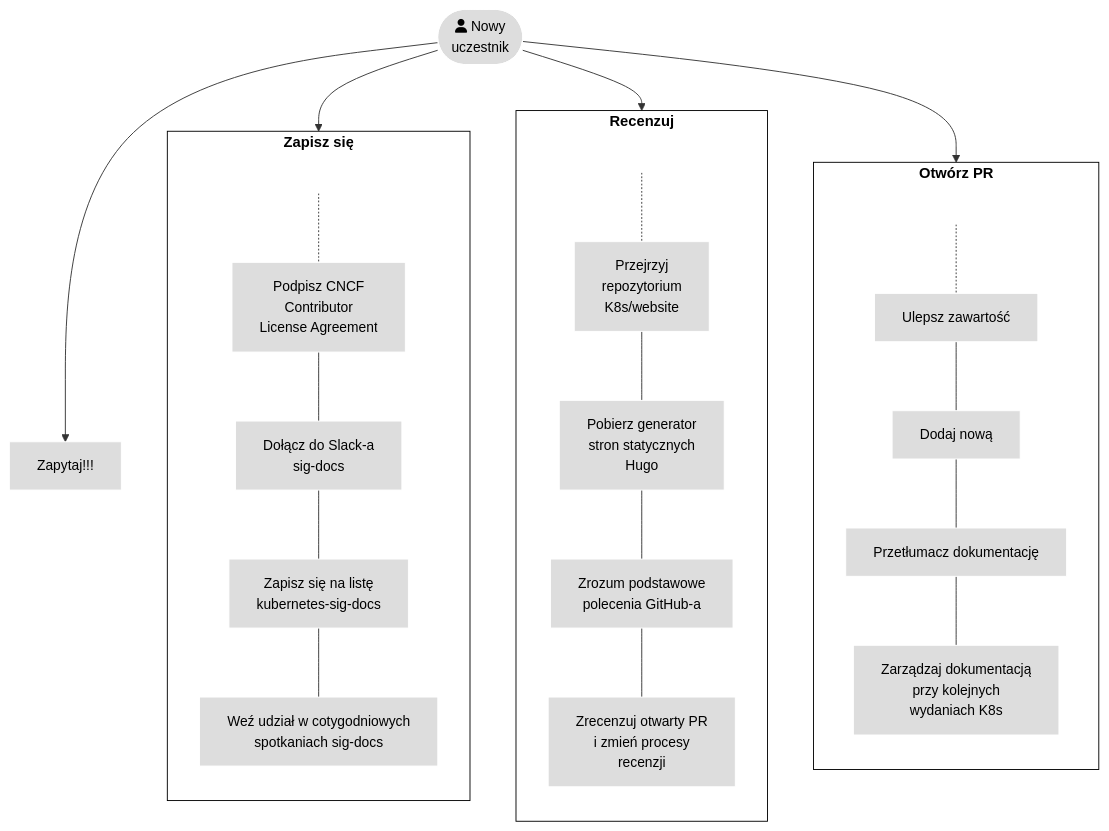
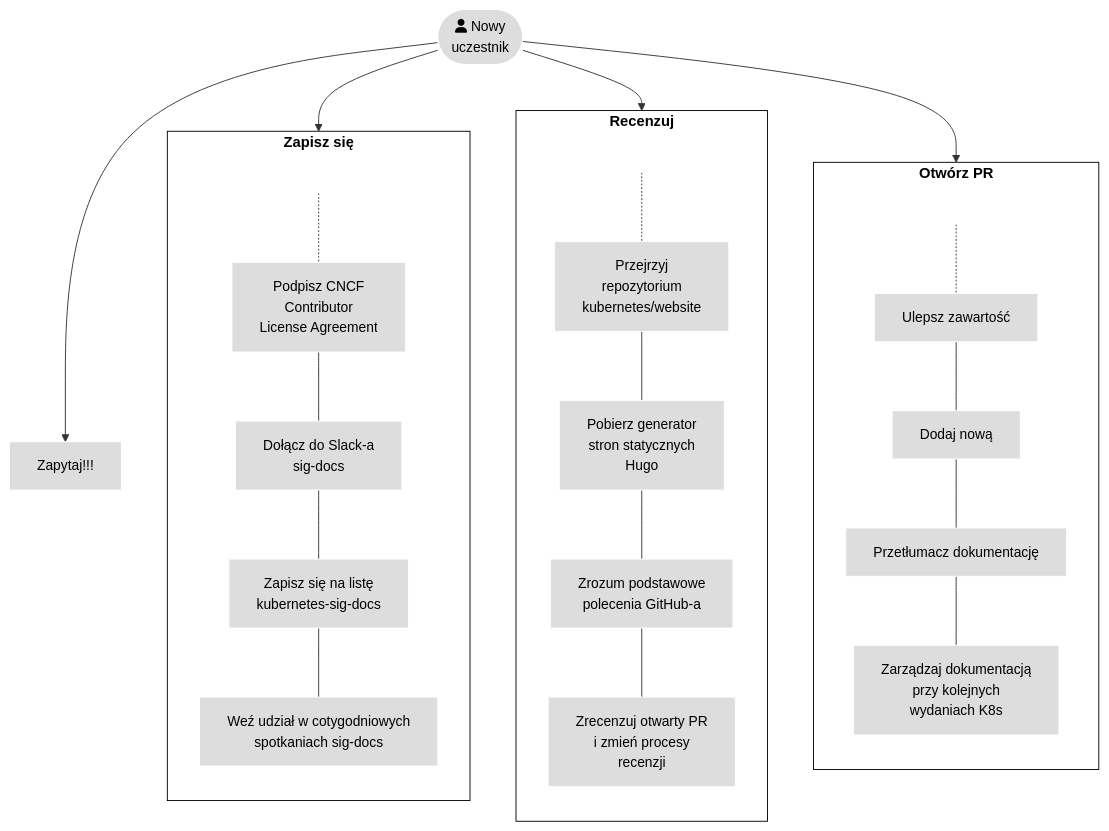
One commit to KimSJ15/kubernetes_website changed the first of 2 diagrams in content/pl/docs/contribute/_index.md. Above: the diagram before and after it, drawn with Mermaid. The commit also changed other lines of this file, not shown here.

Commit message:
Mention kubernetes/websites everywhere in the same way

```diff
--- a/content/pl/docs/contribute/_index.md
+++ b/content/pl/docs/contribute/_index.md
@@ -61,39 +61,39 @@
 {{< mermaid >}}
 flowchart TB
 subgraph third[Otwórz PR]
 direction TB
 U[ ] -.-
 Q[Ulepsz zawartość] --- N[Dodaj nową]
 N --- O[Przetłumacz dokumentację]
 O --- P[Zarządzaj dokumentacją<br>przy kolejnych<br>wydaniach K8s]
 
 end
 
 subgraph second[Recenzuj]
 direction TB
    T[ ] -.-
-   D[Przejrzyj<br>repozytorium<br>K8s/website] --- E[Pobierz generator<br>stron statycznych<br>Hugo]
+   D[Przejrzyj<br>repozytorium<br>kubernetes/website] --- E[Pobierz generator<br>stron statycznych<br>Hugo]
    E --- F[Zrozum podstawowe<br>polecenia GitHub-a]
    F --- G[Zrecenzuj otwarty PR<br>i zmień procesy<br>recenzji]
 end
 
 subgraph first[Zapisz się]
     direction TB
     S[ ] -.-
     B[Podpisz CNCF<br>Contributor<br>License Agreement] --- C[Dołącz do Slack-a<br>sig-docs]
     C --- V[Zapisz się na listę<br>kubernetes-sig-docs]
     V --- M[Weź udział w cotygodniowych<br>spotkaniach sig-docs]
 end
 
 A([fa:fa-user Nowy<br>uczestnik]) --> first
 A --> second
 A --> third
 A --> H[Zapytaj!!!]
 
 classDef grey fill:#dddddd,stroke:#ffffff,stroke-width:px,color:#000000, font-size:15px;
 classDef white fill:#ffffff,stroke:#000,stroke-width:px,color:#000,font-weight:bold
 classDef spacewhite fill:#ffffff,stroke:#fff,stroke-width:0px,color:#000
 class A,B,C,D,E,F,G,H,M,Q,N,O,P,V grey
 class S,T,U spacewhite
 class first,second,third white
 {{</ mermaid >}}
```
